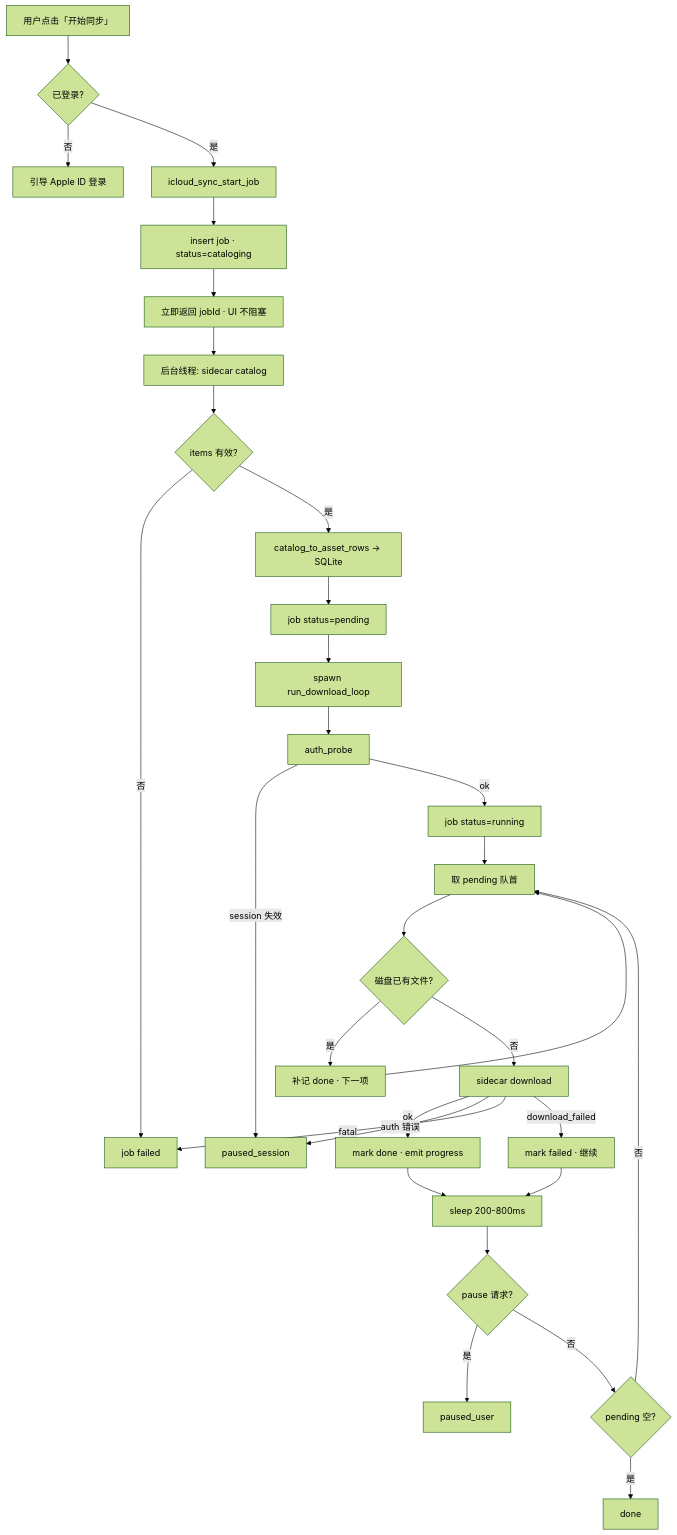
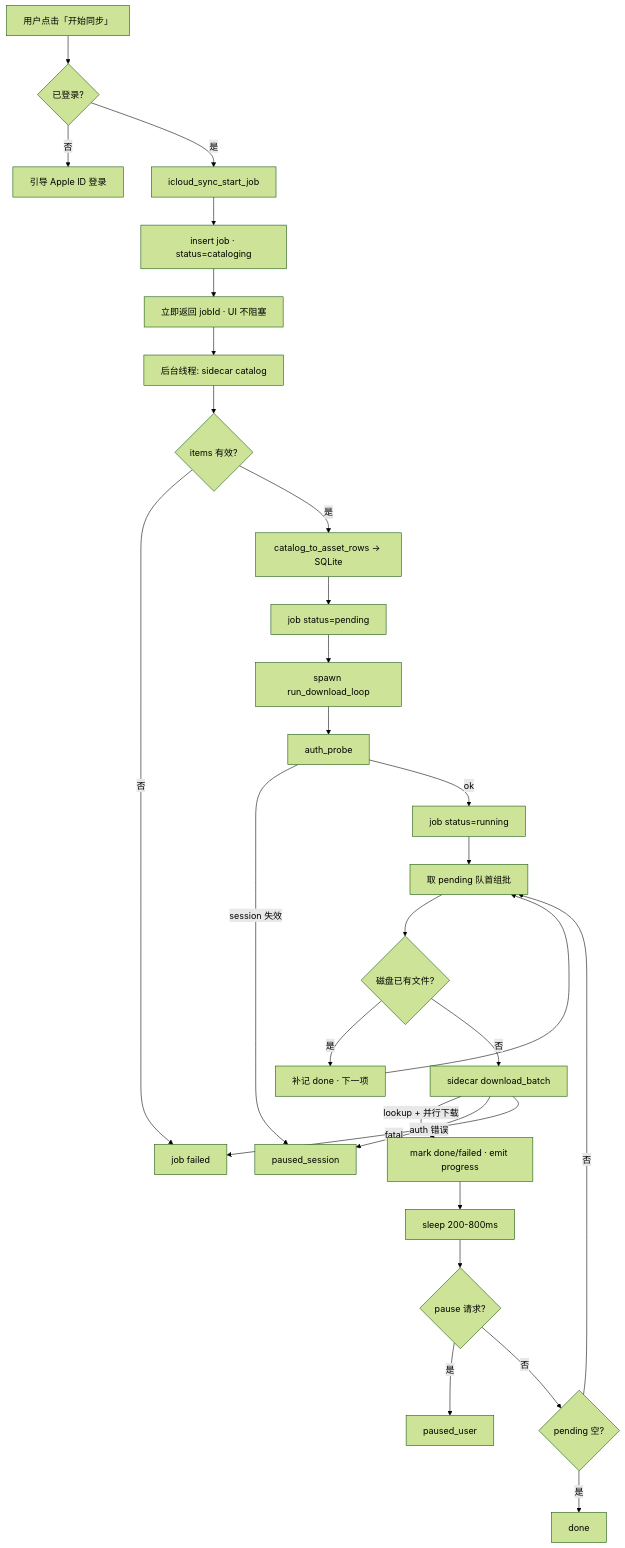
One commit to cz6c/ll-admin changed the first of 2 diagrams in apps/admin/src/views/album/downloadFlow.md. Above: the diagram before and after it, drawn with Mermaid (forest theme). The commit also changed other lines of this file and 13 other files, not shown here.

````diff
--- a/apps/admin/src/views/album/downloadFlow.md
+++ b/apps/admin/src/views/album/downloadFlow.md
@@ -63,33 +65,31 @@
 ```mermaid
 flowchart TD
   A[用户点击「开始同步」] --> B{已登录?}
   B -->|否| C[引导 Apple ID 登录]
   B -->|是| D[icloud_sync_start_job]
   D --> E[insert job · status=cataloging]
   E --> F[立即返回 jobId · UI 不阻塞]
   F --> G[后台线程: sidecar catalog]
   G --> H{items 有效?}
   H -->|否| I[job failed]
   H -->|是| J[catalog_to_asset_rows → SQLite]
   J --> K[job status=pending]
   K --> L[spawn run_download_loop]
   L --> M[auth_probe]
   M -->|session 失效| N[paused_session]
   M -->|ok| O[job status=running]
-  O --> P[取 pending 队首]
+  O --> P[取 pending 队首组批]
   P --> Q{磁盘已有文件?}
   Q -->|是| R[补记 done · 下一项]
-  Q -->|否| S[sidecar download]
-  S -->|ok| T[mark done · emit progress]
+  Q -->|否| S[sidecar download_batch]
+  S -->|lookup + 并行下载| T[mark done/failed · emit progress]
   S -->|auth 错误| N
   S -->|fatal| I
-  S -->|download_failed| U[mark failed · 继续]
   T --> V[sleep 200-800ms]
-  U --> V
   R --> P
   V --> W{pause 请求?}
   W -->|是| X[paused_user]
   W -->|否| Y{pending 空?}
   Y -->|是| Z[done]
   Y -->|否| P
 ```
````
